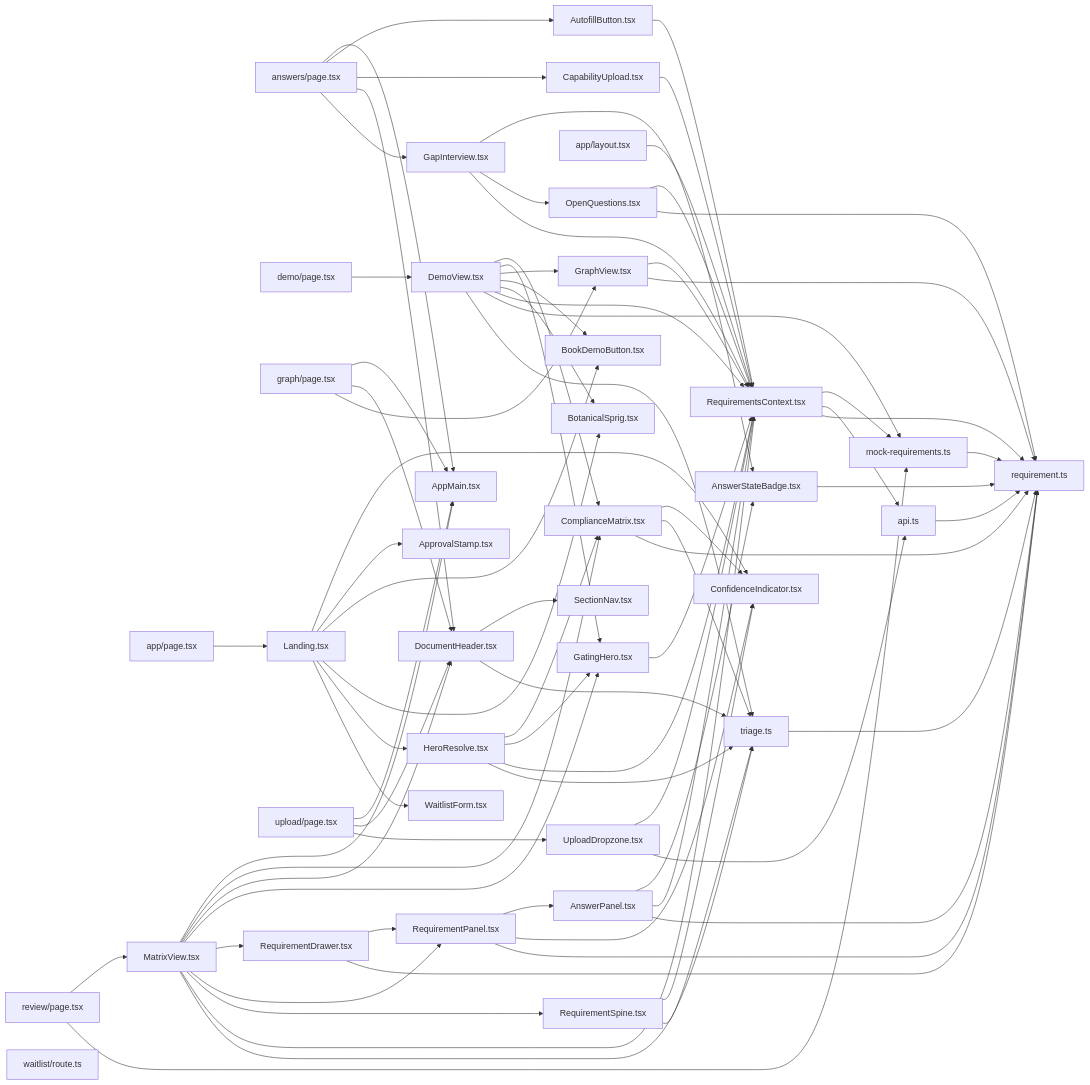
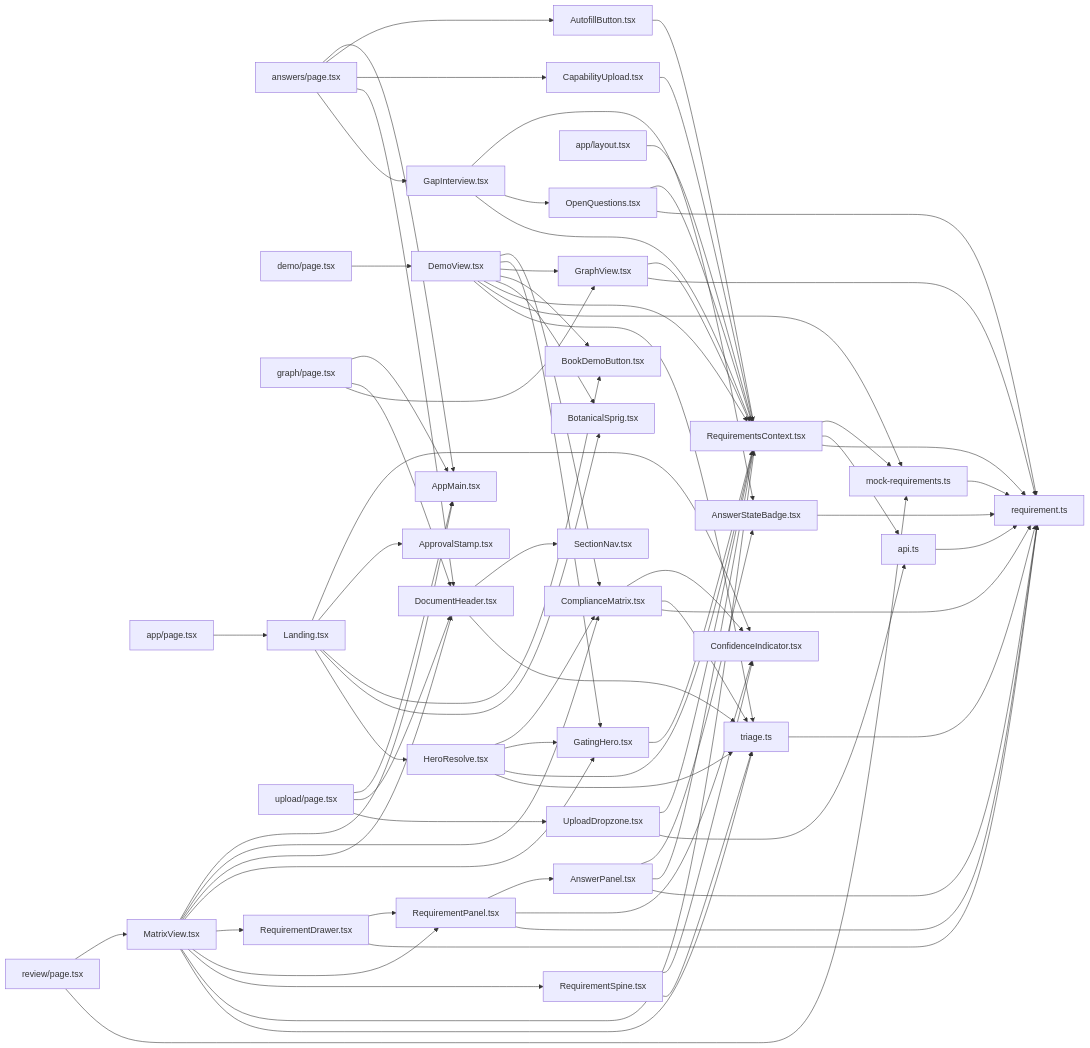
The second of 3 diagrams in CODEMAP.md (Welddevelopment/Bidframe), drawn with Mermaid before and after one commit. The commit also changed other lines of this file and 5 other files, not shown here.

First line of the commit message:
frontend: remove waitlist from the landing (archive code for easy re-add)

````diff
--- a/CODEMAP.md
+++ b/CODEMAP.md
@@ -43,81 +43,79 @@
 ```mermaid
 graph LR
   n0[answers/page.tsx] --> n1[AppMain.tsx]
   n0[answers/page.tsx] --> n2[AutofillButton.tsx]
   n0[answers/page.tsx] --> n3[CapabilityUpload.tsx]
   n0[answers/page.tsx] --> n4[DocumentHeader.tsx]
   n0[answers/page.tsx] --> n5[GapInterview.tsx]
   n6[demo/page.tsx] --> n7[DemoView.tsx]
   n8[graph/page.tsx] --> n1[AppMain.tsx]
   n8[graph/page.tsx] --> n4[DocumentHeader.tsx]
   n8[graph/page.tsx] --> n9[GraphView.tsx]
   n10[app/layout.tsx] --> n11[RequirementsContext.tsx]
   n12[app/page.tsx] --> n13[Landing.tsx]
   n14[review/page.tsx] --> n15[MatrixView.tsx]
   n14[review/page.tsx] --> n16[mock-requirements.ts]
   n17[upload/page.tsx] --> n1[AppMain.tsx]
   n17[upload/page.tsx] --> n4[DocumentHeader.tsx]
   n17[upload/page.tsx] --> n18[UploadDropzone.tsx]
   n19[AnswerPanel.tsx] --> n20[AnswerStateBadge.tsx]
   n19[AnswerPanel.tsx] --> n11[RequirementsContext.tsx]
   n19[AnswerPanel.tsx] --> n21[requirement.ts]
   n20[AnswerStateBadge.tsx] --> n21[requirement.ts]
   n2[AutofillButton.tsx] --> n11[RequirementsContext.tsx]
   n3[CapabilityUpload.tsx] --> n11[RequirementsContext.tsx]
   n22[ComplianceMatrix.tsx] --> n23[ConfidenceIndicator.tsx]
   n22[ComplianceMatrix.tsx] --> n24[triage.ts]
   n22[ComplianceMatrix.tsx] --> n21[requirement.ts]
   n7[DemoView.tsx] --> n22[ComplianceMatrix.tsx]
   n7[DemoView.tsx] --> n25[GatingHero.tsx]
   n7[DemoView.tsx] --> n9[GraphView.tsx]
   n7[DemoView.tsx] --> n26[BookDemoButton.tsx]
   n7[DemoView.tsx] --> n27[BotanicalSprig.tsx]
   n7[DemoView.tsx] --> n11[RequirementsContext.tsx]
   n7[DemoView.tsx] --> n16[mock-requirements.ts]
   n7[DemoView.tsx] --> n24[triage.ts]
   n4[DocumentHeader.tsx] --> n28[SectionNav.tsx]
   n4[DocumentHeader.tsx] --> n24[triage.ts]
   n5[GapInterview.tsx] --> n20[AnswerStateBadge.tsx]
   n5[GapInterview.tsx] --> n29[OpenQuestions.tsx]
   n5[GapInterview.tsx] --> n11[RequirementsContext.tsx]
   n25[GatingHero.tsx] --> n11[RequirementsContext.tsx]
   n9[GraphView.tsx] --> n11[RequirementsContext.tsx]
   n9[GraphView.tsx] --> n21[requirement.ts]
   n15[MatrixView.tsx] --> n1[AppMain.tsx]
   n15[MatrixView.tsx] --> n22[ComplianceMatrix.tsx]
   n15[MatrixView.tsx] --> n4[DocumentHeader.tsx]
   n15[MatrixView.tsx] --> n25[GatingHero.tsx]
   n15[MatrixView.tsx] --> n30[RequirementDrawer.tsx]
   n15[MatrixView.tsx] --> n31[RequirementPanel.tsx]
   n15[MatrixView.tsx] --> n32[RequirementSpine.tsx]
   n15[MatrixView.tsx] --> n11[RequirementsContext.tsx]
   n15[MatrixView.tsx] --> n24[triage.ts]
   n29[OpenQuestions.tsx] --> n11[RequirementsContext.tsx]
   n29[OpenQuestions.tsx] --> n21[requirement.ts]
   n30[RequirementDrawer.tsx] --> n31[RequirementPanel.tsx]
   n30[RequirementDrawer.tsx] --> n21[requirement.ts]
   n31[RequirementPanel.tsx] --> n19[AnswerPanel.tsx]
   n31[RequirementPanel.tsx] --> n23[ConfidenceIndicator.tsx]
   n31[RequirementPanel.tsx] --> n21[requirement.ts]
   n32[RequirementSpine.tsx] --> n23[ConfidenceIndicator.tsx]
   n32[RequirementSpine.tsx] --> n24[triage.ts]
   n18[UploadDropzone.tsx] --> n11[RequirementsContext.tsx]
   n18[UploadDropzone.tsx] --> n33[api.ts]
   n34[HeroResolve.tsx] --> n22[ComplianceMatrix.tsx]
   n34[HeroResolve.tsx] --> n25[GatingHero.tsx]
   n34[HeroResolve.tsx] --> n11[RequirementsContext.tsx]
   n34[HeroResolve.tsx] --> n24[triage.ts]
   n13[Landing.tsx] --> n23[ConfidenceIndicator.tsx]
   n13[Landing.tsx] --> n35[ApprovalStamp.tsx]
   n13[Landing.tsx] --> n26[BookDemoButton.tsx]
   n13[Landing.tsx] --> n27[BotanicalSprig.tsx]
   n13[Landing.tsx] --> n34[HeroResolve.tsx]
-  n13[Landing.tsx] --> n36[WaitlistForm.tsx]
   n11[RequirementsContext.tsx] --> n16[mock-requirements.ts]
   n11[RequirementsContext.tsx] --> n33[api.ts]
   n11[RequirementsContext.tsx] --> n21[requirement.ts]
   n16[mock-requirements.ts] --> n21[requirement.ts]
   n33[api.ts] --> n21[requirement.ts]
   n24[triage.ts] --> n21[requirement.ts]
-  n37[waitlist/route.ts]
 ```
````
